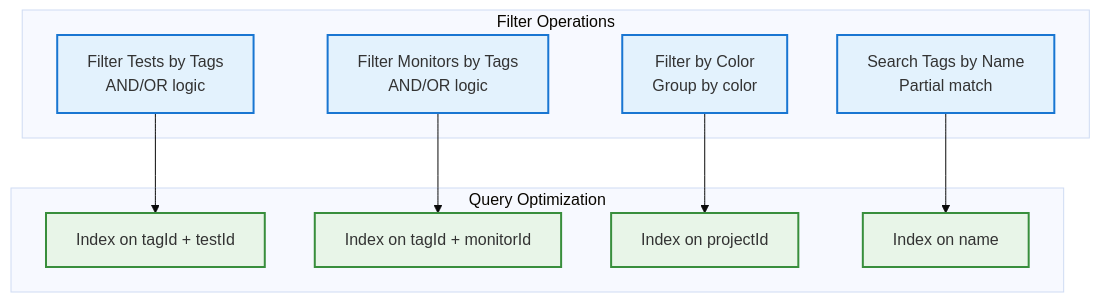
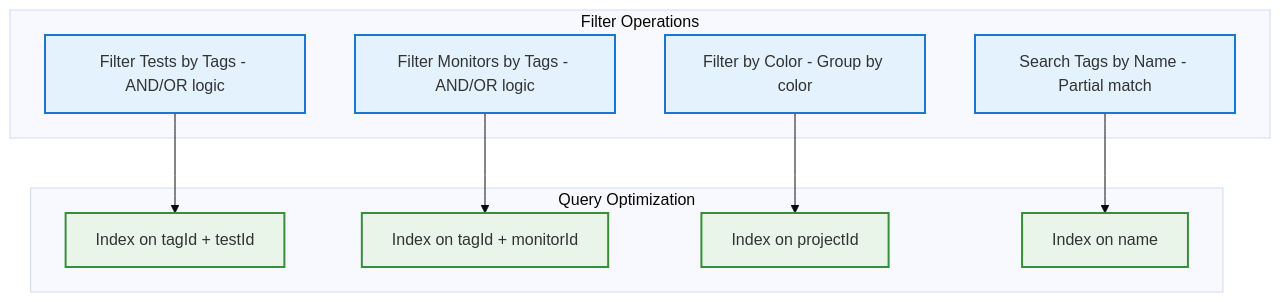
The fifth of 12 diagrams in specs/05-features/tag-system.md (supercheck-io/supercheck), drawn with Mermaid (base theme) before and after one commit. The commit also changed other lines of this file, not shown here.

First line of the commit message:
Fix tag-system.md: correct Mermaid syntax and clarify user-defined colors

````diff
--- a/specs/05-features/tag-system.md
+++ b/specs/05-features/tag-system.md
@@ -159,27 +165,27 @@
 ```mermaid
 graph TB
     subgraph "Filter Operations"
-        F1[Filter Tests by Tags<br/>AND/OR logic]
-        F2[Filter Monitors by Tags<br/>AND/OR logic]
-        F3[Search Tags by Name<br/>Partial match]
-        F4[Filter by Color<br/>Group by color]
+        F1[Filter Tests by Tags - AND/OR logic]
+        F2[Filter Monitors by Tags - AND/OR logic]
+        F3[Search Tags by Name - Partial match]
+        F4[Filter by Color - Group by color]
     end
 
     subgraph "Query Optimization"
         Q1[Index on tagId + testId]
         Q2[Index on tagId + monitorId]
         Q3[Index on projectId]
         Q4[Index on name]
     end
 
     F1 --> Q1
     F2 --> Q2
     F3 --> Q4
     F4 --> Q3
 
     classDef filter fill:#e3f2fd,stroke:#1976d2,stroke-width:2px
     classDef query fill:#e8f5e8,stroke:#388e3c,stroke-width:2px
 
     class F1,F2,F3,F4 filter
     class Q1,Q2,Q3,Q4 query
 ```
````
